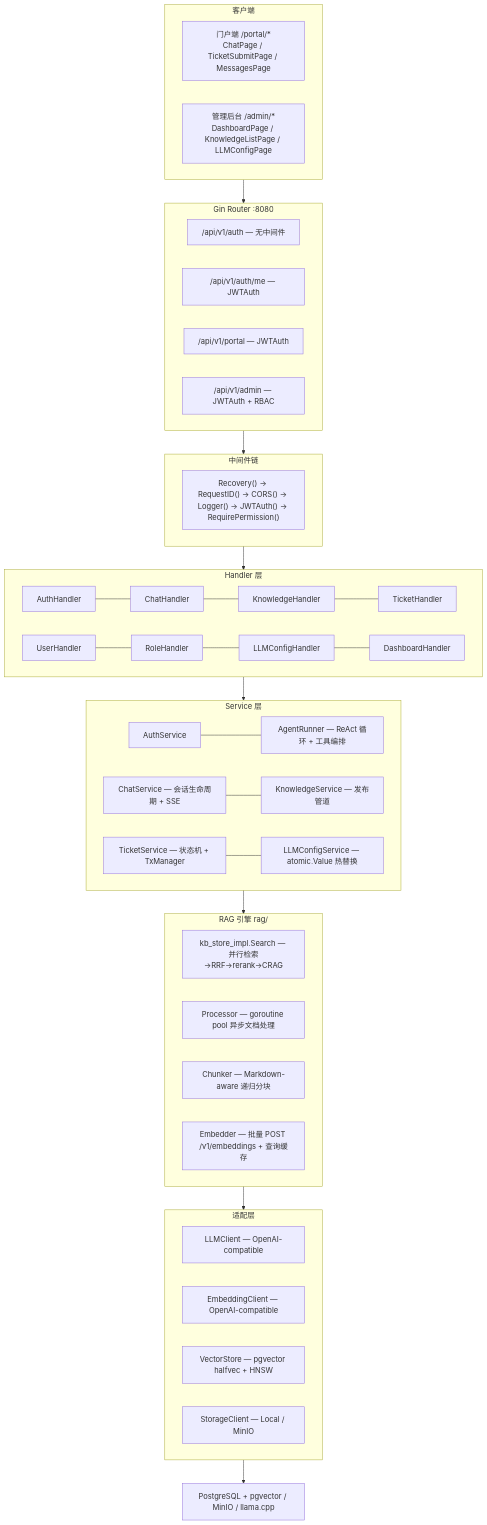
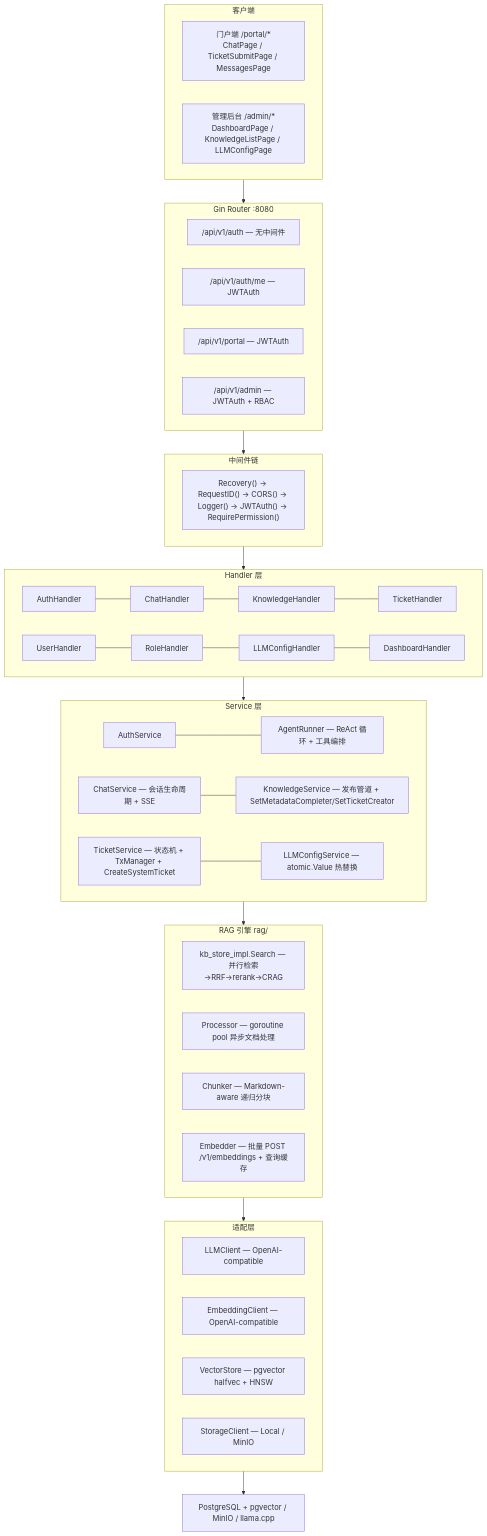
The first of 11 diagrams in docs/TECH.md (int2t05/Cognik), drawn with Mermaid before and after one commit. The commit also changed other lines of this file and 14 other files, not shown here.

````diff
--- a/docs/TECH.md
+++ b/docs/TECH.md
@@ -9,46 +9,46 @@
 ```mermaid
 flowchart TB
     subgraph Client["客户端"]
         Portal["门户端 /portal/*<br/>ChatPage / TicketSubmitPage / MessagesPage"]
         Admin["管理后台 /admin/*<br/>DashboardPage / KnowledgeListPage / LLMConfigPage"]
     end
 
     subgraph Router["Gin Router :8080"]
         Public["/api/v1/auth — 无中间件"]
         JWTGroup["/api/v1/auth/me — JWTAuth"]
         PortalGroup["/api/v1/portal — JWTAuth"]
         AdminGroup["/api/v1/admin — JWTAuth + RBAC"]
     end
 
     subgraph MW["中间件链"]
         Recovery["Recovery() → RequestID() → CORS() → Logger() → JWTAuth() → RequirePermission()"]
     end
 
     subgraph Handler["Handler 层"]
         AH["AuthHandler"] --- CH["ChatHandler"] --- KH["KnowledgeHandler"] --- TH["TicketHandler"]
         UH["UserHandler"] --- RH["RoleHandler"] --- LH["LLMConfigHandler"] --- DH["DashboardHandler"]
     end
 
     subgraph Service["Service 层"]
         AuthSvc["AuthService"] --- AgentSvc["AgentRunner — ReAct 循环 + 工具编排"]
-        ChatSvc["ChatService — 会话生命周期 + SSE"] --- KnowledgeSvc["KnowledgeService — 发布管道"]
-        TicketSvc["TicketService — 状态机 + TxManager"] --- LLMCfgSvc["LLMConfigService — atomic.Value 热替换"]
+        ChatSvc["ChatService — 会话生命周期 + SSE"] --- KnowledgeSvc["KnowledgeService — 发布管道 + SetMetadataCompleter/SetTicketCreator"]
+        TicketSvc["TicketService — 状态机 + TxManager + CreateSystemTicket"] --- LLMCfgSvc["LLMConfigService — atomic.Value 热替换"]
     end
 
     subgraph RAG["RAG 引擎 rag/"]
         Search["kb_store_impl.Search — 并行检索→RRF→rerank→CRAG"]
         Processor["Processor — goroutine pool 异步文档处理"]
         Chunker["Chunker — Markdown-aware 递归分块"]
         Embedder["Embedder — 批量 POST /v1/embeddings + 查询缓存"]
     end
 
     subgraph Adapter["适配层"]
         LLM["LLMClient — OpenAI-compatible"]
         EMB["EmbeddingClient — OpenAI-compatible"]
         VEC["VectorStore — pgvector halfvec + HNSW"]
         STO["StorageClient — Local / MinIO"]
     end
 
     Client --> Router --> MW --> Handler --> Service --> RAG --> Adapter
     Adapter --> Infra["PostgreSQL + pgvector / MinIO / llama.cpp"]
 ```
````
